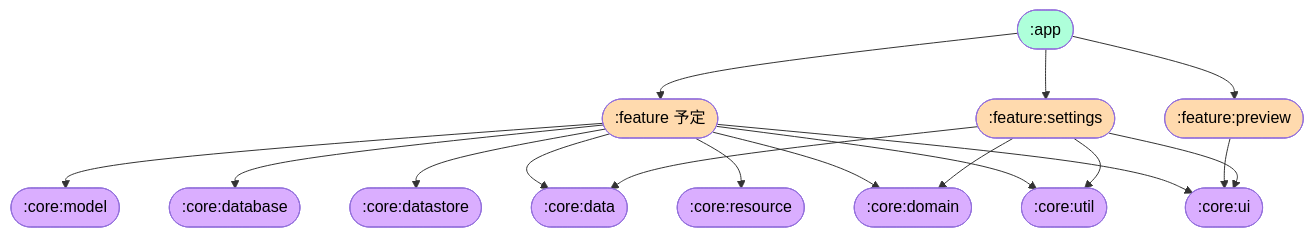
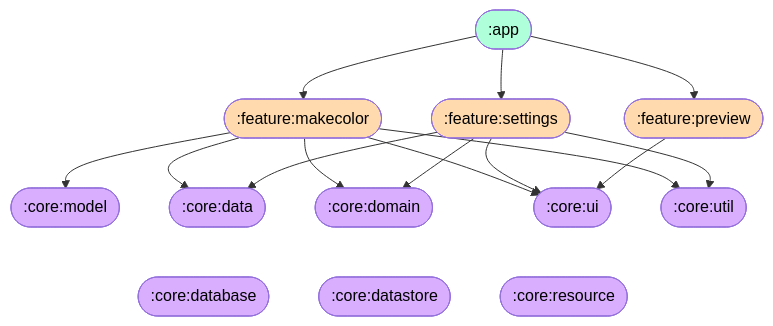
The diagram in README.md (kosenda/MultiColorPicker), drawn with Mermaid before and after one commit. The commit also changed other lines of this file, not shown here.

Commit message:
docs: add :feature:makecolor
[skip ci]

````diff
--- a/README.md
+++ b/README.md
@@ -49,27 +50,29 @@
 ```mermaid
 flowchart TB
   classDef appModule fill:#AEFFDA,color:#000
   classDef featureModule fill:#FFDAAE,color:#000
   classDef coreModule fill:#DAAEFF,color:#000
   
-  A1([:app]):::appModule --> B1([:feature 予定]):::featureModule
-  
+  A1([:app]):::appModule --> B1([:feature:makecolor]):::featureModule
   A1 --> B2([:feature:settings]):::featureModule
   A1 --> B3([:feature:preview]):::featureModule
+  
+  
+  B1 --> C1([:core:model]):::coreModule 
+  B1 --> C2
+  B1 --> C5
+  B1 --> C7
+  B1 --> C8
   
   B2 --> C2([:core:data]):::coreModule
   B2 --> C5([:core:domain]):::coreModule
   B2 --> C7([:core:ui]):::coreModule
   B2 --> C8([:core:util]):::coreModule
+  
   B3 --> C7
   
   
-  B1 --> C1([:core:model]):::coreModule 
-  B1 --> C2
-  B1 --> C3([:core:database]):::coreModule
-  B1 --> C4([:core:datastore]):::coreModule
-  B1 --> C5
-  B1 --> C6([:core:resource]):::coreModule
-  B1 --> C7
-  B1 --> C8
+  C5 ~~~ C3([:core:database]):::coreModule
+  C5 ~~~ C4([:core:datastore]):::coreModule
+  C5 ~~~ C6([:core:resource]):::coreModule
 ```
````
